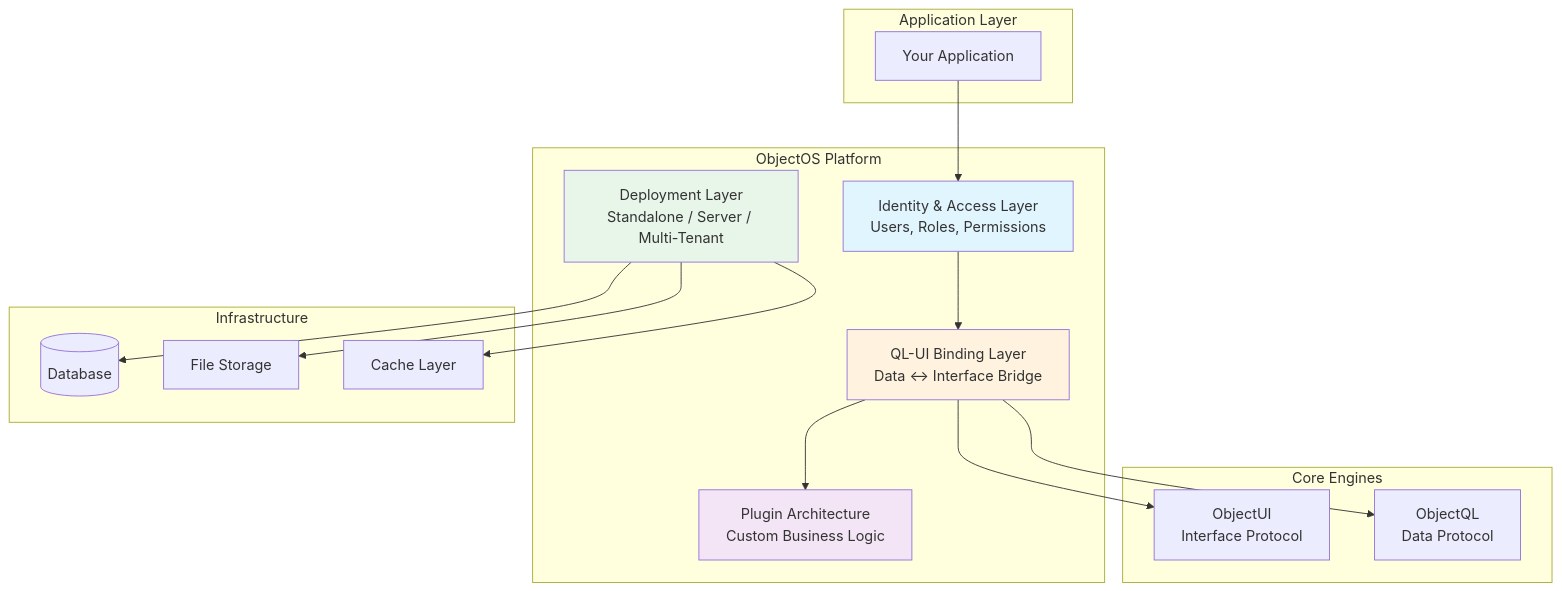
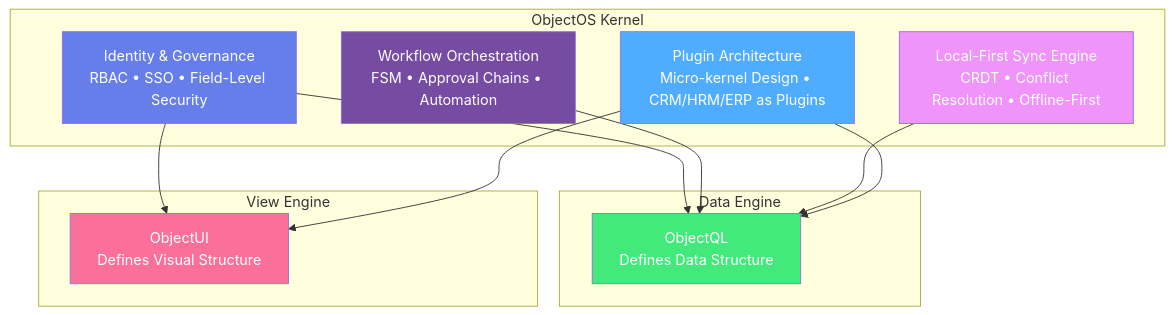
The first of 4 diagrams in content/docs/en/objectos/index.mdx (objectstack-ai/docs), drawn with Mermaid before and after one commit. The commit also changed other lines of this file, not shown here.

Commit message:
Refactor English ObjectOS homepage with enterprise architecture focus

````diff
--- a/content/docs/en/objectos/index.mdx
+++ b/content/docs/en/objectos/index.mdx
@@ -30,38 +18,31 @@
 ```mermaid
 graph TB
-    subgraph "Application Layer"
-        App[Your Application]
+    subgraph "ObjectOS Kernel"
+        Auth[Identity & Governance<br/>RBAC • SSO • Field-Level Security]
+        Workflow[Workflow Orchestration<br/>FSM • Approval Chains • Automation]
+        Sync[Local-First Sync Engine<br/>CRDT • Conflict Resolution • Offline-First]
+        Plugin[Plugin Architecture<br/>Micro-kernel Design • CRM/HRM/ERP as Plugins]
     end
     
-    subgraph "ObjectOS Platform"
-        Auth[Identity & Access Layer<br/>Users, Roles, Permissions]
-        Binding[QL-UI Binding Layer<br/>Data ↔ Interface Bridge]
-        Plugin[Plugin Architecture<br/>Custom Business Logic]
-        Deploy[Deployment Layer<br/>Standalone / Server / Multi-Tenant]
+    subgraph "Data Engine"
+        QL[ObjectQL<br/>Defines Data Structure]
     end
     
-    subgraph "Core Engines"
-        UI[ObjectUI<br/>Interface Protocol]
-        QL[ObjectQL<br/>Data Protocol]
+    subgraph "View Engine"
+        UI[ObjectUI<br/>Defines Visual Structure]
     end
     
-    subgraph "Infrastructure"
-        DB[(Database)]
-        Storage[File Storage]
-        Cache[Cache Layer]
-    end
+    Auth --> QL
+    Auth --> UI
+    Workflow --> QL
+    Sync --> QL
+    Plugin --> QL
+    Plugin --> UI
     
-    App --> Auth
-    Auth --> Binding
-    Binding --> UI
-    Binding --> QL
-    Binding --> Plugin
-    Deploy --> DB
-    Deploy --> Storage
-    Deploy --> Cache
-    
-    style Auth fill:#e1f5ff
-    style Binding fill:#fff3e0
-    style Plugin fill:#f3e5f5
-    style Deploy fill:#e8f5e9
+    style Auth fill:#667eea,color:#fff
+    style Workflow fill:#764ba2,color:#fff
+    style Sync fill:#f093fb,color:#fff
+    style Plugin fill:#4facfe,color:#fff
+    style QL fill:#43e97b,color:#fff
+    style UI fill:#fa709a,color:#fff
 ```
````
